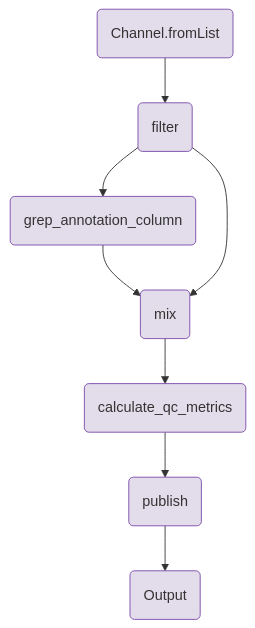
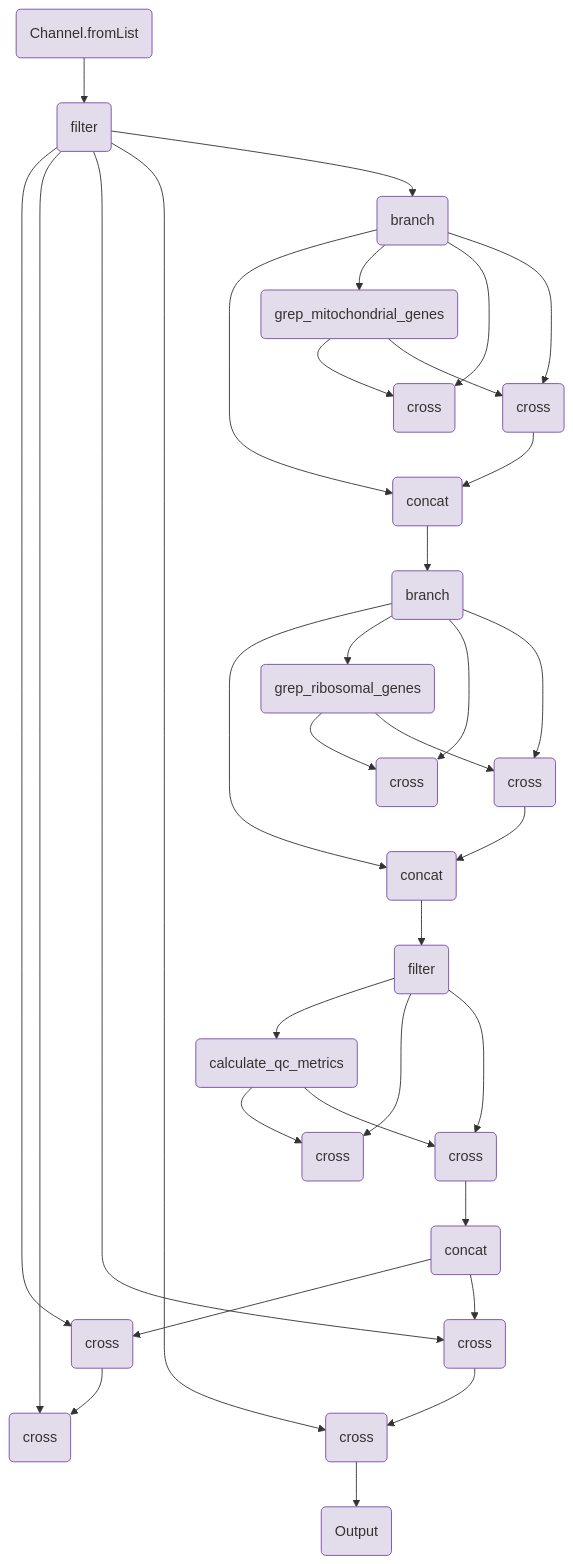
One commit to openpipelines-bio/website changed the diagram in components/workflows/qc/qc.qmd. Above: the diagram before and after it, drawn with Mermaid. The commit also changed other lines of this file and 149 other files, not shown here.

````diff
--- a/components/workflows/qc/qc.qmd
+++ b/components/workflows/qc/qc.qmd
@@ -135,25 +143,81 @@
 ```{mermaid}
 flowchart TB
     v0(Channel.fromList)
     v2(filter)
-    v20(grep_annotation_column)
-    v33(mix)
-    v42(calculate_qc_metrics)
-    v62(publish)
-    v90(Output)
+    v14(branch)
+    v41(concat)
+    v19(grep_mitochondrial_genes)
+    v26(cross)
+    v36(cross)
+    v45(branch)
+    v72(concat)
+    v50(grep_ribosomal_genes)
+    v57(cross)
+    v67(cross)
+    v73(filter)
+    v103(concat)
+    v81(calculate_qc_metrics)
+    v88(cross)
+    v98(cross)
+    v110(cross)
+    v117(cross)
+    v129(cross)
+    v136(cross)
+    v140(Output)
+    v14-->v41
+    v45-->v72
+    v72-->v73
     v0-->v2
-    v2-->v20
-    v20-->v33
-    v2-->v33
-    v33-->v42
-    v42-->v62
-    v62-->v90
+    v14-->v19
+    v19-->v26
+    v14-->v26
+    v14-->v36
+    v36-->v41
+    v45-->v50
+    v50-->v57
+    v45-->v57
+    v45-->v67
+    v67-->v72
+    v73-->v81
+    v81-->v88
+    v73-->v88
+    v73-->v98
+    v98-->v103
+    v103-->v110
+    v2-->v110
+    v110-->v117
+    v2-->v117
+    v2-->v129
+    v129-->v136
+    v2-->v136
+    v136-->v140
+    v2-->v14
+    v19-->v36
+    v41-->v45
+    v50-->v67
+    v81-->v98
+    v103-->v129
     style v0 fill:#e3dcea,stroke:#7a4baa;
     style v2 fill:#e3dcea,stroke:#7a4baa;
-    style v20 fill:#e3dcea,stroke:#7a4baa;
-    style v33 fill:#e3dcea,stroke:#7a4baa;
-    style v42 fill:#e3dcea,stroke:#7a4baa;
-    style v62 fill:#e3dcea,stroke:#7a4baa;
-    style v90 fill:#e3dcea,stroke:#7a4baa;
+    style v14 fill:#e3dcea,stroke:#7a4baa;
+    style v41 fill:#e3dcea,stroke:#7a4baa;
+    style v19 fill:#e3dcea,stroke:#7a4baa;
+    style v26 fill:#e3dcea,stroke:#7a4baa;
+    style v36 fill:#e3dcea,stroke:#7a4baa;
+    style v45 fill:#e3dcea,stroke:#7a4baa;
+    style v72 fill:#e3dcea,stroke:#7a4baa;
+    style v50 fill:#e3dcea,stroke:#7a4baa;
+    style v57 fill:#e3dcea,stroke:#7a4baa;
+    style v67 fill:#e3dcea,stroke:#7a4baa;
+    style v73 fill:#e3dcea,stroke:#7a4baa;
+    style v103 fill:#e3dcea,stroke:#7a4baa;
+    style v81 fill:#e3dcea,stroke:#7a4baa;
+    style v88 fill:#e3dcea,stroke:#7a4baa;
+    style v98 fill:#e3dcea,stroke:#7a4baa;
+    style v110 fill:#e3dcea,stroke:#7a4baa;
+    style v117 fill:#e3dcea,stroke:#7a4baa;
+    style v129 fill:#e3dcea,stroke:#7a4baa;
+    style v136 fill:#e3dcea,stroke:#7a4baa;
+    style v140 fill:#e3dcea,stroke:#7a4baa;
 
 ```
````
